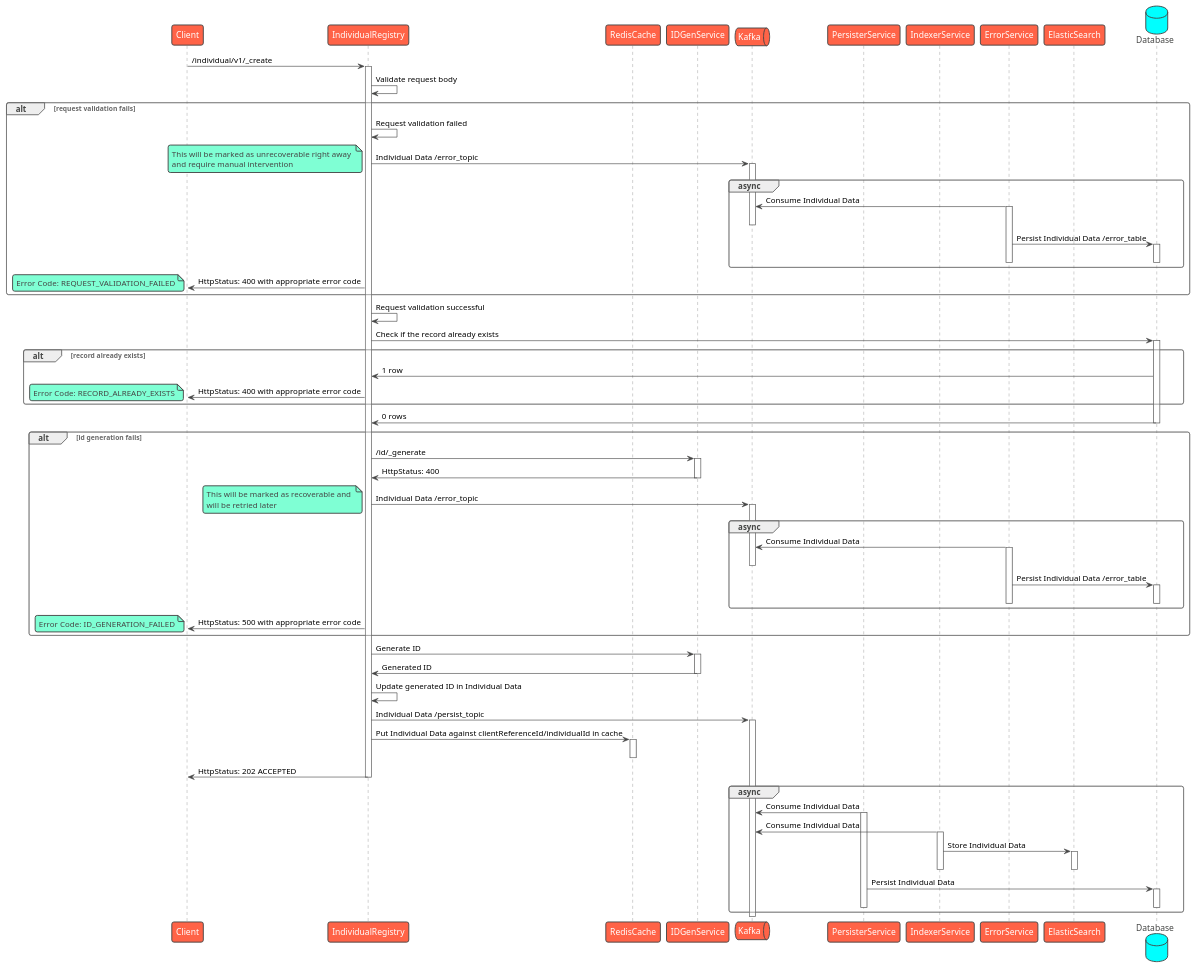
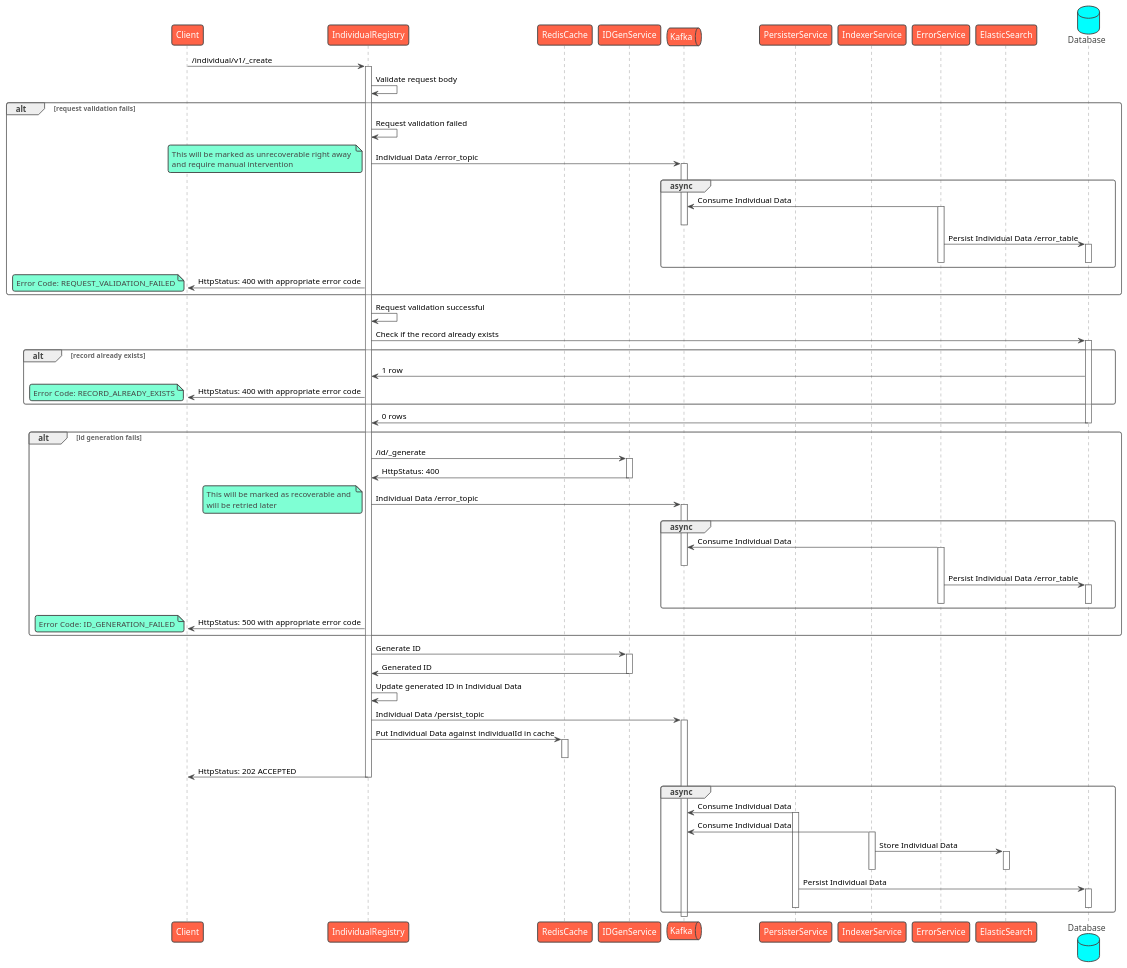
One commit to egovernments/health-api-specs changed the diagram in contracts/registries/individual/sequence/create.puml. Above: the diagram before and after it, drawn with PlantUML. The commit also changed 5 other files, not shown here.

First line of the commit message:
Sequence: Removed clientReferenceId

```diff
--- a/contracts/registries/individual/sequence/create.puml
+++ b/contracts/registries/individual/sequence/create.puml
@@ -1,102 +1,102 @@
 @startuml Individual Registry - Create
 !theme vibrant
 participant Client as c
 participant IndividualRegistry as ir
 participant RedisCache as rc
 participant IDGenService as idgen
 queue Kafka as k
 participant PersisterService as prs
 participant IndexerService as idx
 participant ErrorService as es
 participant ElasticSearch as el
 database Database as db
 c -> ir : /individual/v1/_create
 activate ir
 ir -> ir: Validate request body
 alt request validation fails
     ir -> ir: Request validation failed
     ir -> k: Individual Data /error_topic
     note left
         This will be marked as unrecoverable right away 
         and require manual intervention
     end note
     activate k
     group async
         es -> k: Consume Individual Data
         activate es
         deactivate k
         es -> db: Persist Individual Data /error_table
         activate db
         deactivate db
         deactivate es
     end
     ir -> c: HttpStatus: 400 with appropriate error code
     note left
       Error Code: REQUEST_VALIDATION_FAILED
     end note
 end
 ir -> ir: Request validation successful
 ir -> db: Check if the record already exists
 alt record already exists
     activate db
     db -> ir: 1 row
     ir -> c: HttpStatus: 400 with appropriate error code
     note left
       Error Code: RECORD_ALREADY_EXISTS
     end note
 end
 db -> ir: 0 rows
 deactivate db
 alt id generation fails
     ir -> idgen: /id/_generate
     activate idgen
     idgen -> ir: HttpStatus: 400
     deactivate idgen
     ir -> k: Individual Data /error_topic
     note left
         This will be marked as recoverable and 
         will be retried later
     end note
     activate k
     group async
         es -> k: Consume Individual Data
         activate es
         deactivate k
         es -> db: Persist Individual Data /error_table
         activate db
         deactivate db
         deactivate es
     end
     ir -> c: HttpStatus: 500 with appropriate error code
     note left
       Error Code: ID_GENERATION_FAILED
     end note
 end
 ir -> idgen: Generate ID
 activate idgen
 idgen -> ir: Generated ID
 deactivate idgen
 ir -> ir: Update generated ID in Individual Data
 ir -> k: Individual Data /persist_topic
 activate k
-ir -> rc: Put Individual Data against clientReferenceId/individualId in cache
+ir -> rc: Put Individual Data against individualId in cache
 activate rc
 deactivate rc
 ir -> c: HttpStatus: 202 ACCEPTED
 deactivate ir
 group async
     prs -> k: Consume Individual Data
     activate prs
     idx -> k: Consume Individual Data
     activate idx
     idx -> el: Store Individual Data
     activate el
     deactivate el
     deactivate idx
     prs -> db: Persist Individual Data
     activate db
     deactivate db
     deactivate prs
 end
 deactivate k
 @enduml
```
